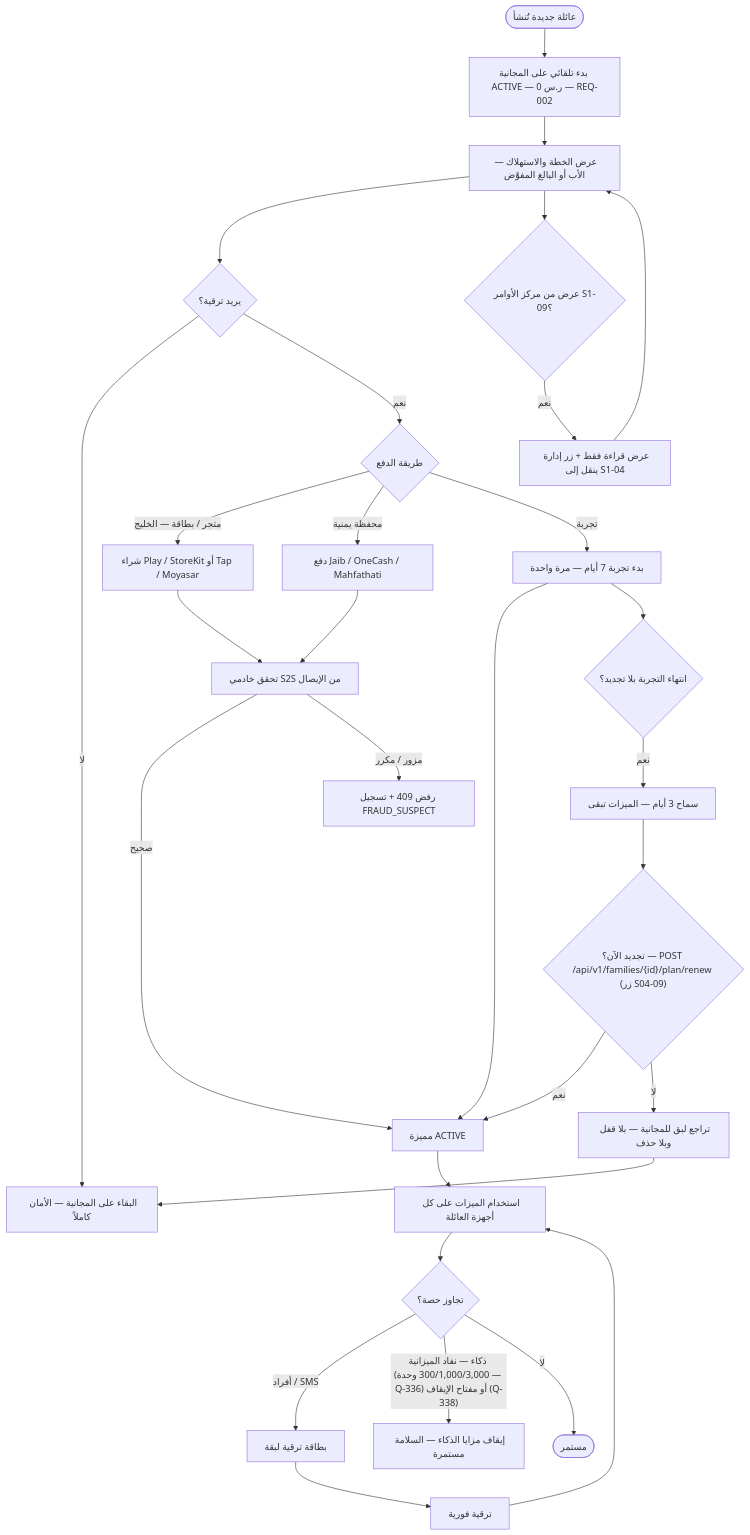
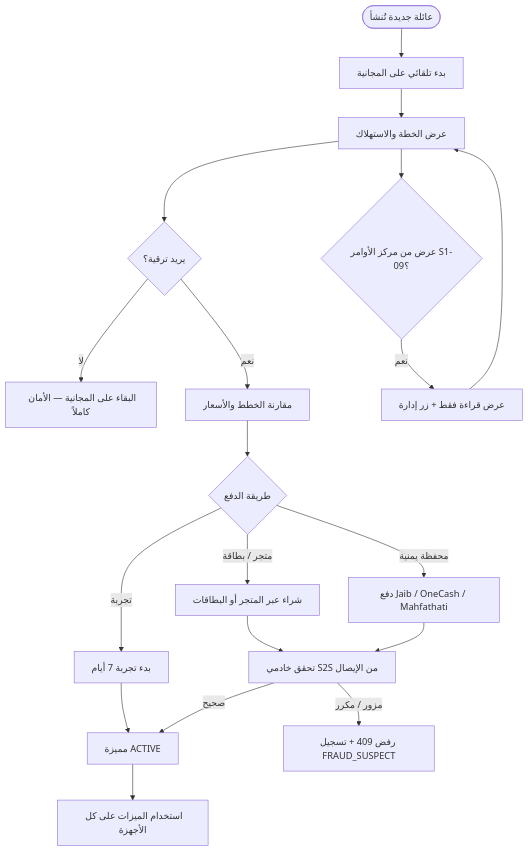
Before and after one commit to Bassam-mohammed-alqaeadi/family-os-v2: diagram 13 of 22 in docs/family-os/governance/phases/phase-1/S1-04-plans-and-subscriptions/DIAGRAMS.md, drawn with Mermaid. The commit also changed other lines of this file, not shown here.

````diff
--- a/docs/family-os/governance/phases/phase-1/S1-04-plans-and-subscriptions/DIAGRAMS.md
+++ b/docs/family-os/governance/phases/phase-1/S1-04-plans-and-subscriptions/DIAGRAMS.md
@@ -381,32 +514,21 @@
 ```mermaid
 flowchart TD
-    Start([عائلة جديدة تُنشأ]) --> Free[بدء تلقائي على المجانية ACTIVE — 0 ر.س — REQ-002]
-    Free --> View[عرض الخطة والاستهلاك — الأب أو البالغ المفوَّض]
+    Start([عائلة جديدة تُنشأ]) --> Free[بدء تلقائي على المجانية]
+    Free --> View[عرض الخطة والاستهلاك]
     View --> Choice{يريد ترقية؟}
     Choice -->|لا| Stay[البقاء على المجانية — الأمان كاملاً]
-    Choice -->|نعم| Channel{طريقة الدفع}
-    Channel -->|متجر / بطاقة — الخليج| Store[شراء Play / StoreKit أو Tap / Moyasar]
+    Choice -->|نعم| Compare[مقارنة الخطط والأسعار]
+    Compare --> Channel{طريقة الدفع}
+    Channel -->|متجر / بطاقة| Store[شراء عبر المتجر أو البطاقات]
     Channel -->|محفظة يمنية| Wallet[دفع Jaib / OneCash / Mahfathati]
-    Channel -->|تجربة| Trial[بدء تجربة 7 أيام — مرة واحدة]
+    Channel -->|تجربة| Trial[بدء تجربة 7 أيام]
     Store --> Verify[تحقق خادمي S2S من الإيصال]
     Wallet --> Verify
     Trial --> Active[مميزة ACTIVE]
     Verify -->|صحيح| Active
     Verify -->|مزور / مكرر| Reject[رفض 409 + تسجيل FRAUD_SUSPECT]
-    Active --> Use[استخدام الميزات على كل أجهزة العائلة]
-    Use --> Quota{تجاوز حصة؟}
-    Quota -->|أفراد / SMS| Card[بطاقة ترقية لبقة]
-    Quota -->|"ذكاء — نفاد الميزانية (300/1,000/3,000 وحدة — Q-336) أو مفتاح الإيقاف (Q-338)"| AIOff[إيقاف مزايا الذكاء — السلامة مستمرة]
-    Card --> Upgrade[ترقية فورية]
-    Upgrade --> Use
-    Quota -->|لا| End1([مستمر])
-    Trial --> Expire{انتهاء التجربة بلا تجديد؟}
-    Expire -->|نعم| Grace[سماح 3 أيام — الميزات تبقى]
-    Grace --> Renew{"تجديد الآن؟ — POST /api/v1/families/{id}/plan/renew (زر S04-09)"}
-    Renew -->|نعم| Active
-    Renew -->|لا| Down[تراجع لبق للمجانية — بلا قفل وبلا حذف]
-    Down --> Stay
+    Active --> Use[استخدام الميزات على كل الأجهزة]
     View --> Hub{عرض من مركز الأوامر S1-09؟}
-    Hub -->|نعم| ReadOnly[عرض قراءة فقط + زر إدارة ينقل إلى S1-04]
+    Hub -->|نعم| ReadOnly[عرض قراءة فقط + زر إدارة]
     ReadOnly --> View
 ```
````
